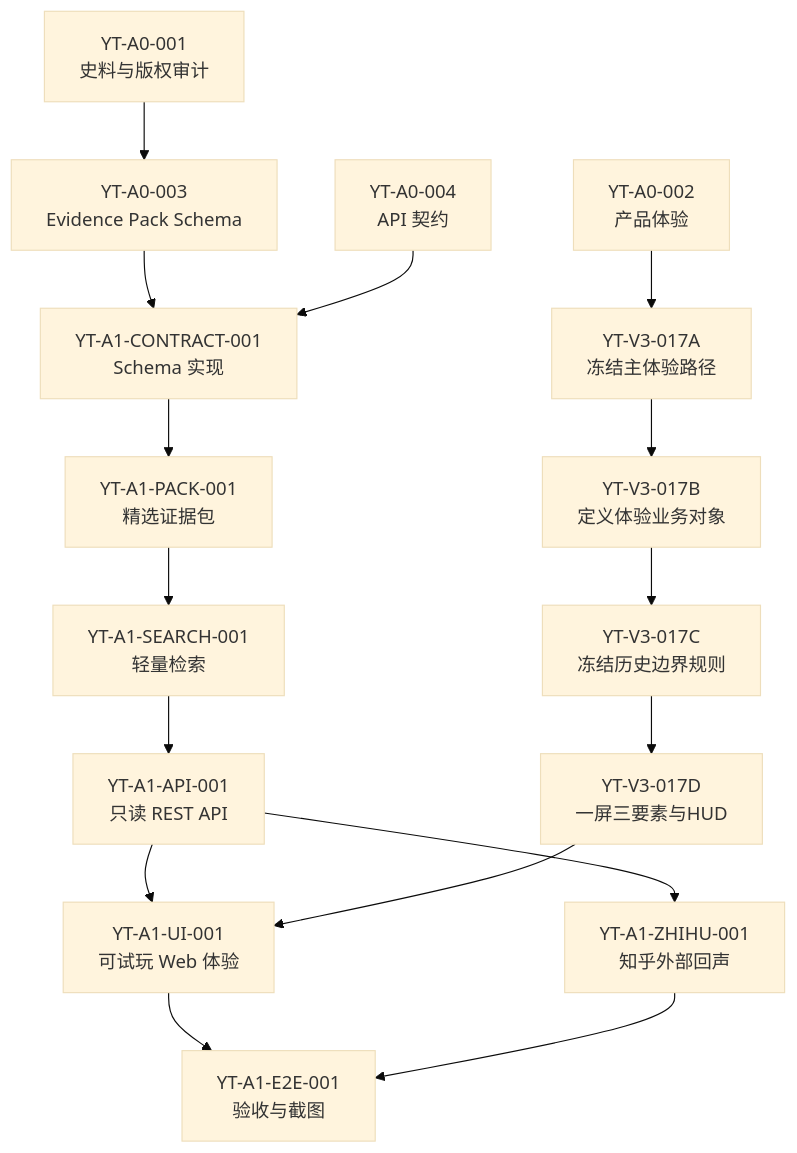
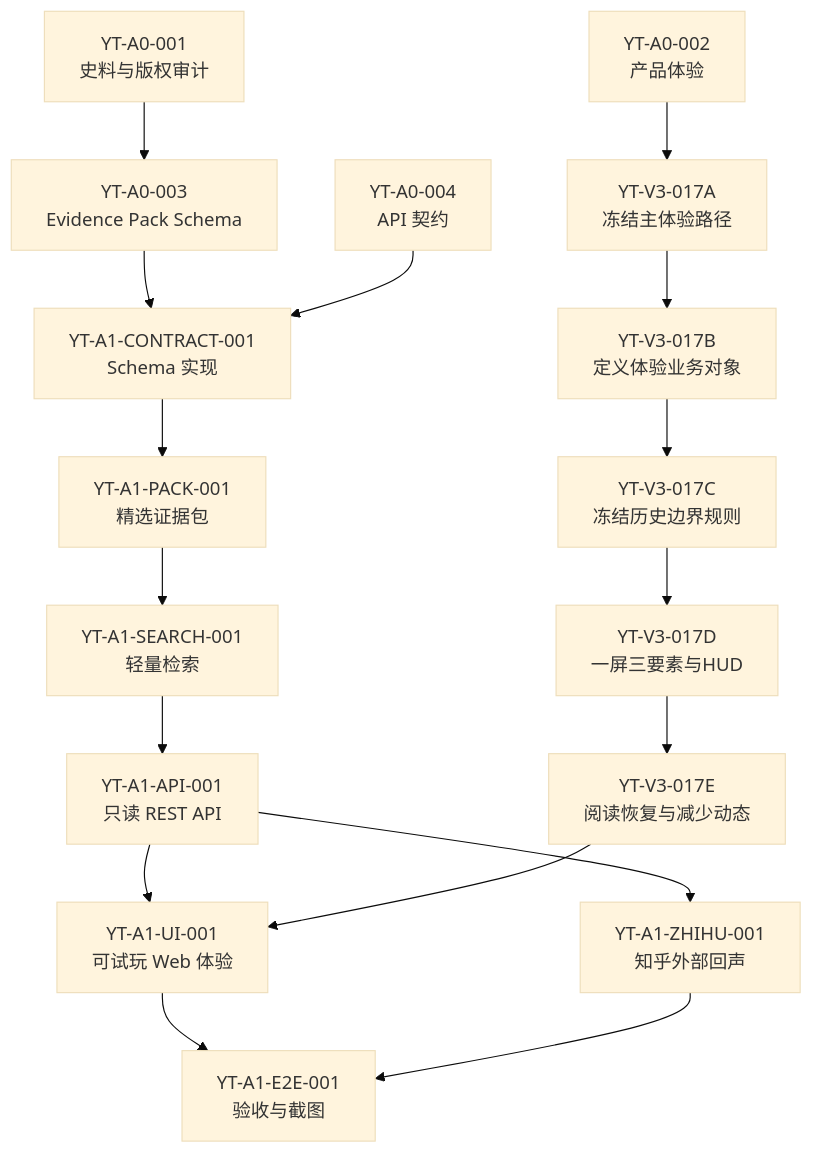
The diagram in docs/YANTIE_TASK_BREAKDOWN.md (baijianqing/yantie-history), drawn with Mermaid (base theme) before and after one commit. The commit also changed other lines of this file, not shown here.

````diff
--- a/docs/YANTIE_TASK_BREAKDOWN.md
+++ b/docs/YANTIE_TASK_BREAKDOWN.md
@@ -24,19 +24,20 @@
 ```mermaid
 flowchart TB
     A001["YT-A0-001<br/>史料与版权审计"] --> A003["YT-A0-003<br/>Evidence Pack Schema"]
     A002["YT-A0-002<br/>产品体验"]
     A003 --> C001["YT-A1-CONTRACT-001<br/>Schema 实现"]
     A004["YT-A0-004<br/>API 契约"] --> C001
     C001 --> P001["YT-A1-PACK-001<br/>精选证据包"]
     P001 --> S001["YT-A1-SEARCH-001<br/>轻量检索"]
     S001 --> API001["YT-A1-API-001<br/>只读 REST API"]
     API001 --> UI001["YT-A1-UI-001<br/>可试玩 Web 体验"]
     API001 --> ZH001["YT-A1-ZHIHU-001<br/>知乎外部回声"]
     UI001 --> E2E001["YT-A1-E2E-001<br/>验收与截图"]
     ZH001 --> E2E001
     A002 --> V3017A["YT-V3-017A<br/>冻结主体验路径"]
     V3017A --> V3017B["YT-V3-017B<br/>定义体验业务对象"]
     V3017B --> V3017C["YT-V3-017C<br/>冻结历史边界规则"]
     V3017C --> V3017D["YT-V3-017D<br/>一屏三要素与HUD"]
-    V3017D --> UI001
+    V3017D --> V3017E["YT-V3-017E<br/>阅读恢复与减少动态"]
+    V3017E --> UI001
 ```
````
